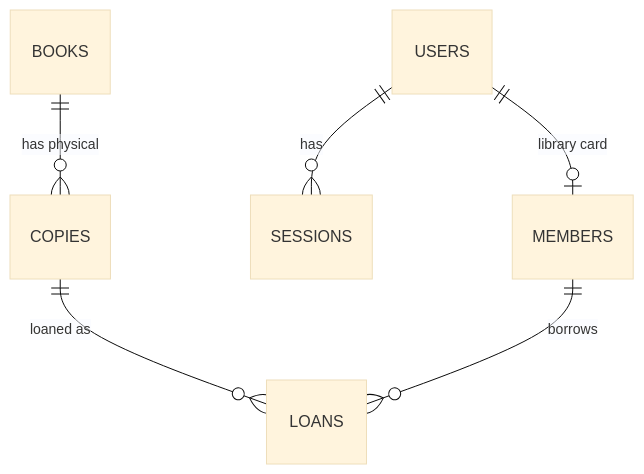
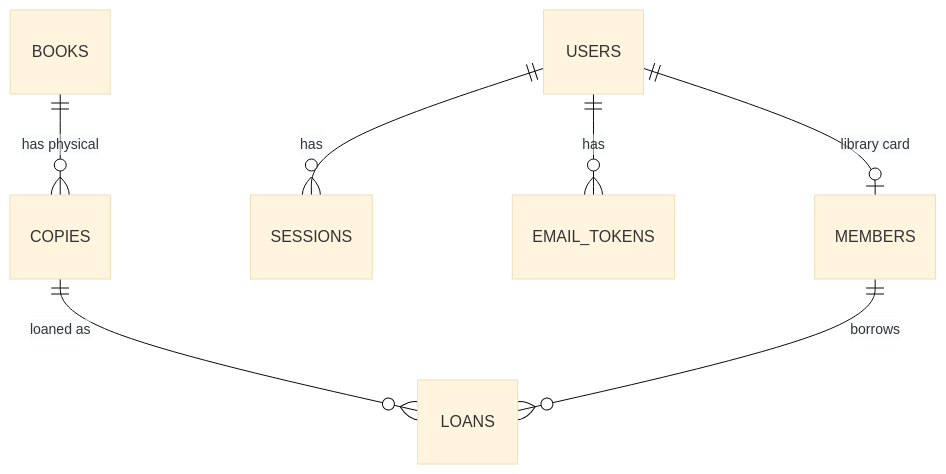
The diagram in PLAN.md (utshojoy1/library-managment), drawn with Mermaid (base theme) before and after one commit. The commit also changed other lines of this file and 35 other files, not shown here.

````diff
--- a/PLAN.md
+++ b/PLAN.md
@@ -110,8 +118,9 @@
 ```mermaid
 erDiagram
   USERS ||--o| MEMBERS : "library card"
-  USERS ||--o{ SESSIONS : "has"
+  USERS ||--o{ SESSIONS : has
+  USERS ||--o{ EMAIL_TOKENS : has
   BOOKS ||--o{ COPIES : "has physical"
   COPIES ||--o{ LOANS : "loaned as"
   MEMBERS ||--o{ LOANS : borrows
 ```
````
